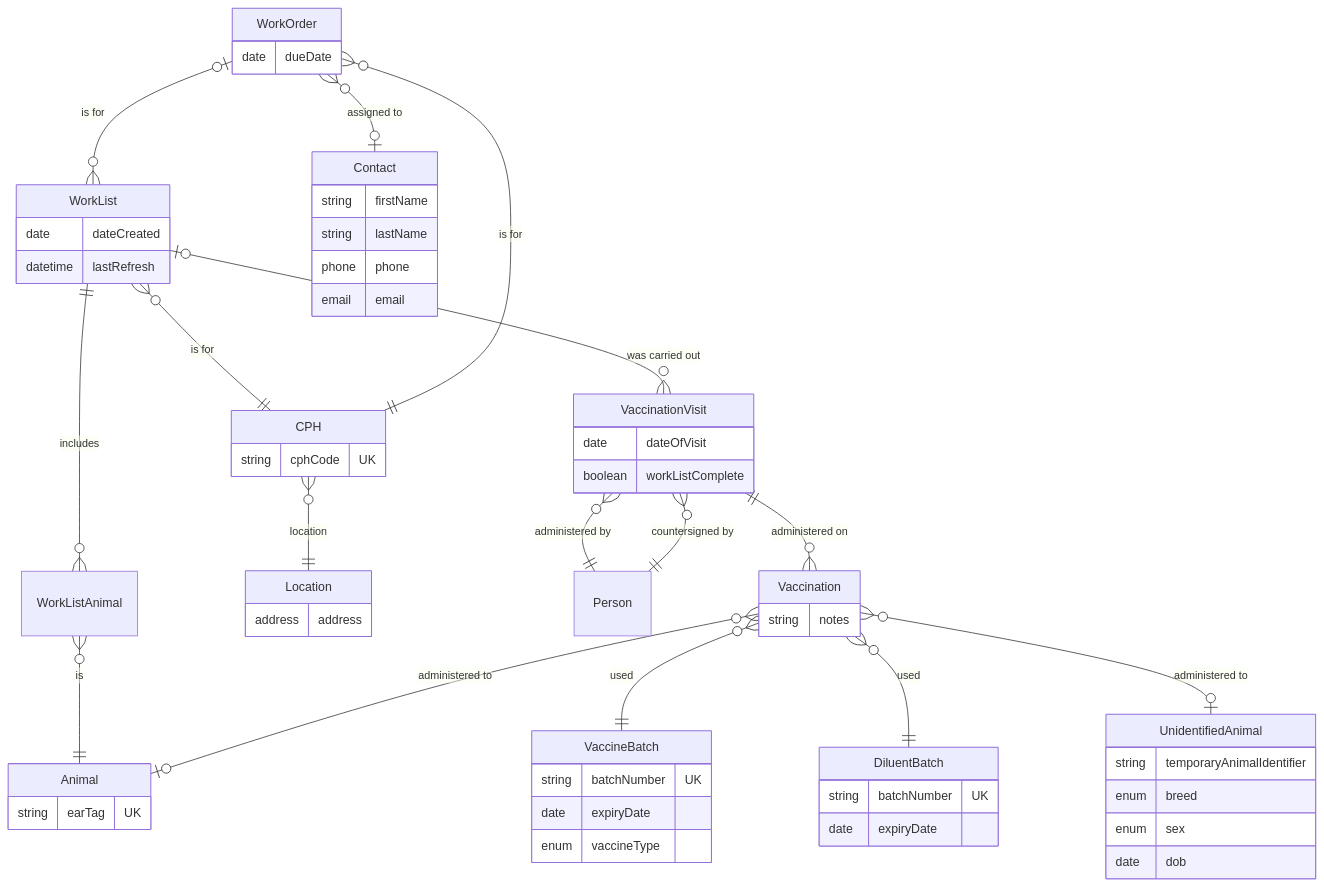
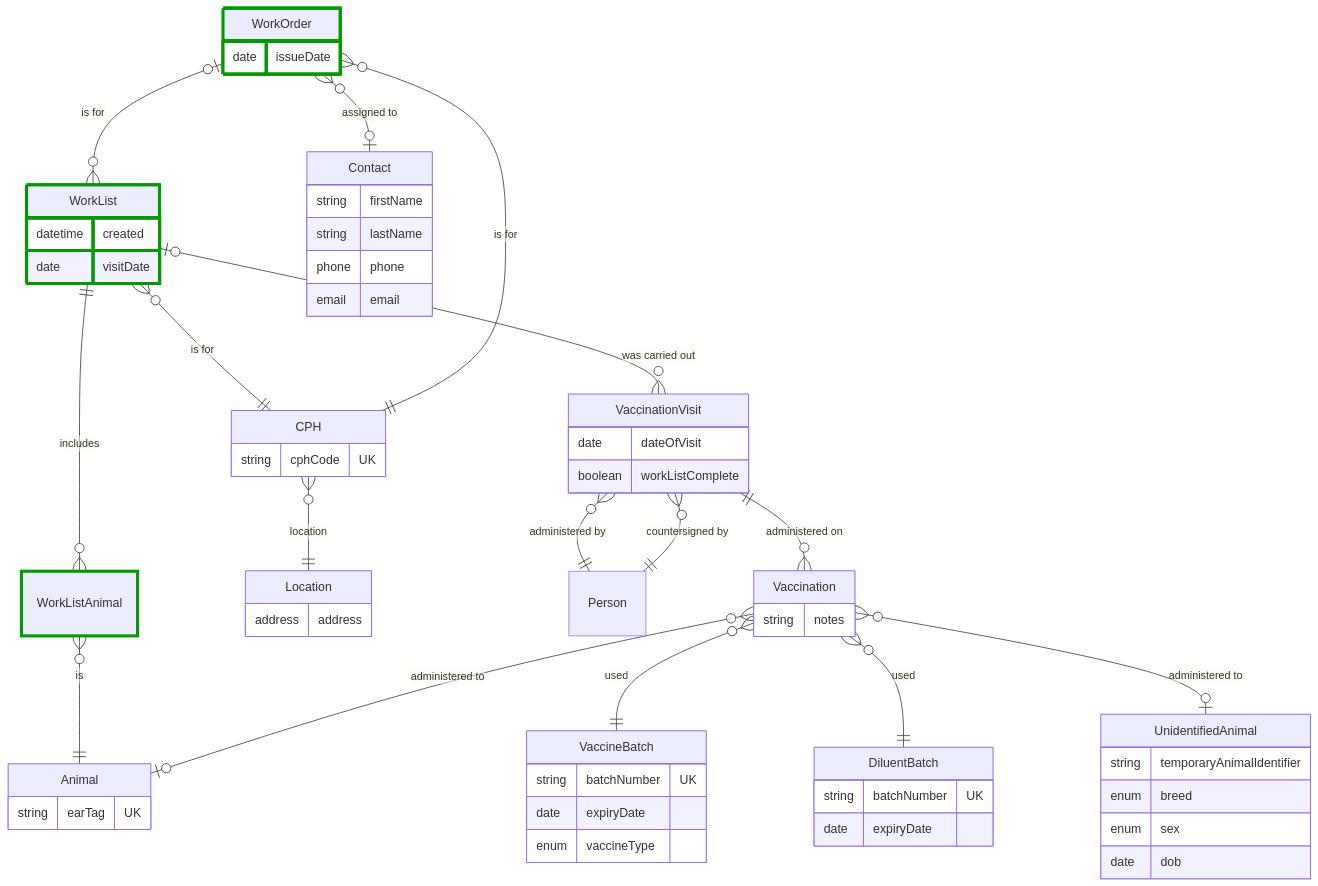
One commit to DEFRA/cattle-vaccination-documentation changed the second of 3 diagrams in technology/data-architecture/structure-view/README.md. Above: the diagram before and after it, drawn with Mermaid. The commit also changed other lines of this file, not shown here.

````diff
--- a/technology/data-architecture/structure-view/README.md
+++ b/technology/data-architecture/structure-view/README.md
@@ -85,17 +87,18 @@
 ```mermaid
 erDiagram
-
   WorkList {
-    date dateCreated
-    datetime lastRefresh
+    datetime created
+    date visitDate
   }
 
   WorkListAnimal {
   }
 
   WorkOrder {
-    date dueDate
+    date issueDate
   }
+
+  style WorkList,WorkListAnimal,WorkOrder stroke:#090,stroke-width:4px
 
   Contact {
     string firstName
````
